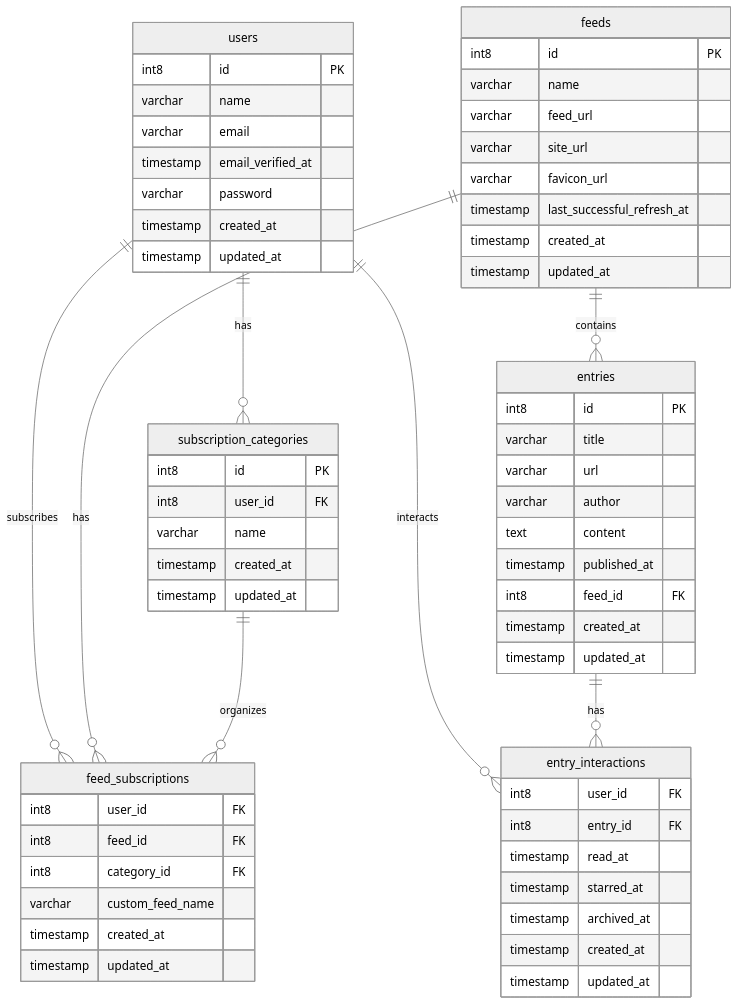
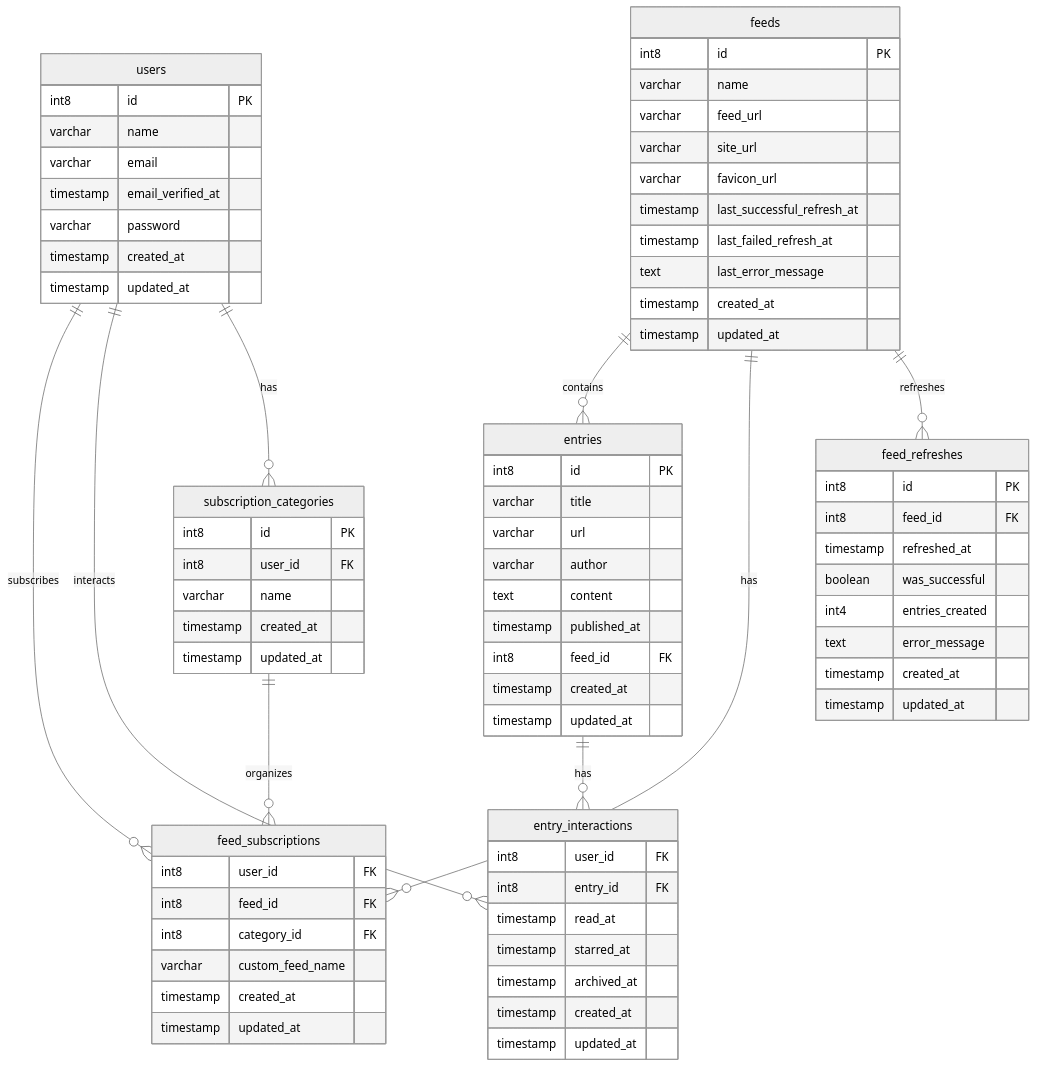
Before and after one commit to angristan/larafeed: the diagram in README.md, drawn with Mermaid (neutral theme). The commit also changed other lines of this file, not shown here.

Commit message:
fix: update README for image syntax and enhance database schema with feed refresh tracking

````diff
--- a/README.md
+++ b/README.md
@@ -84,6 +84,8 @@
         varchar site_url
         varchar favicon_url
         timestamp last_successful_refresh_at
+        timestamp last_failed_refresh_at
+        text last_error_message
         timestamp created_at
         timestamp updated_at
     }
@@ -96,6 +98,17 @@
         text content
         timestamp published_at
         int8 feed_id FK
+        timestamp created_at
+        timestamp updated_at
+    }
+
+    feed_refreshes {
+        int8 id PK
+        int8 feed_id FK
+        timestamp refreshed_at
+        boolean was_successful
+        int4 entries_created
+        text error_message
         timestamp created_at
         timestamp updated_at
     }
@@ -132,6 +145,7 @@
     users ||--o{ subscription_categories : "has"
     feeds ||--o{ entries : "contains"
     feeds ||--o{ feed_subscriptions : "has"
+    feeds ||--o{ feed_refreshes : "refreshes"
     entries ||--o{ entry_interactions : "has"
     subscription_categories ||--o{ feed_subscriptions : "organizes"
 ```
````
